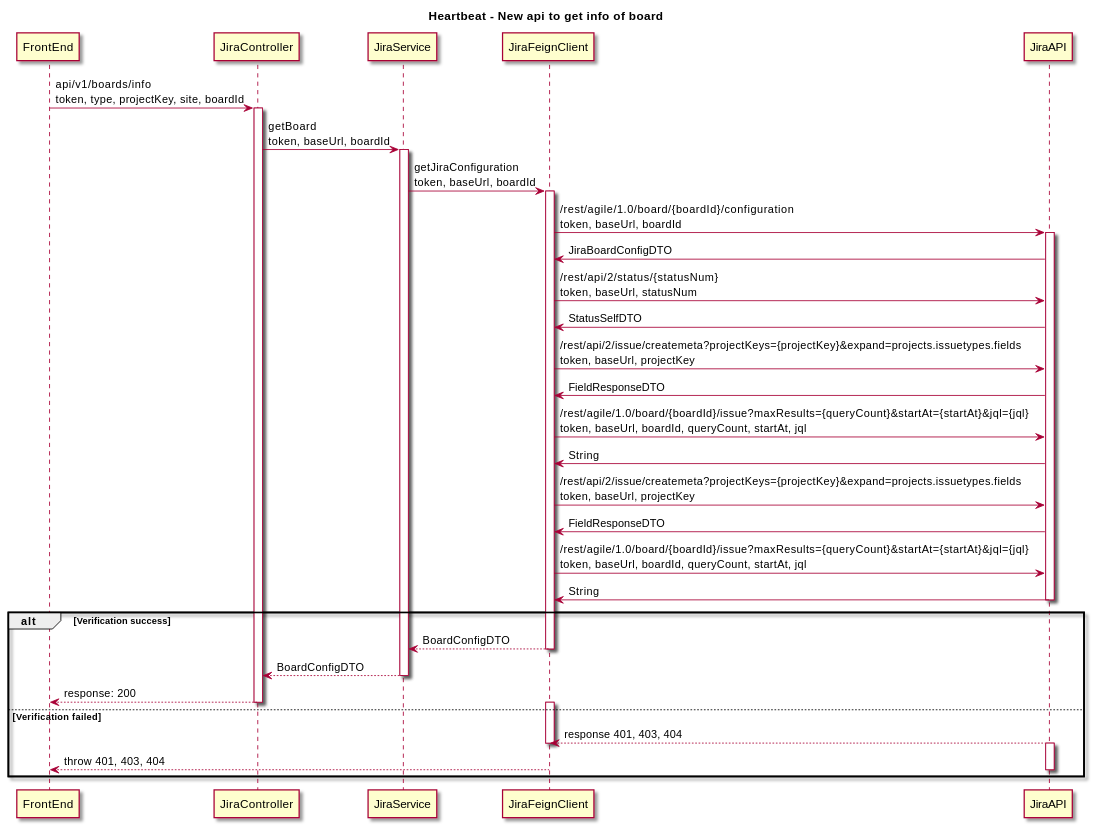
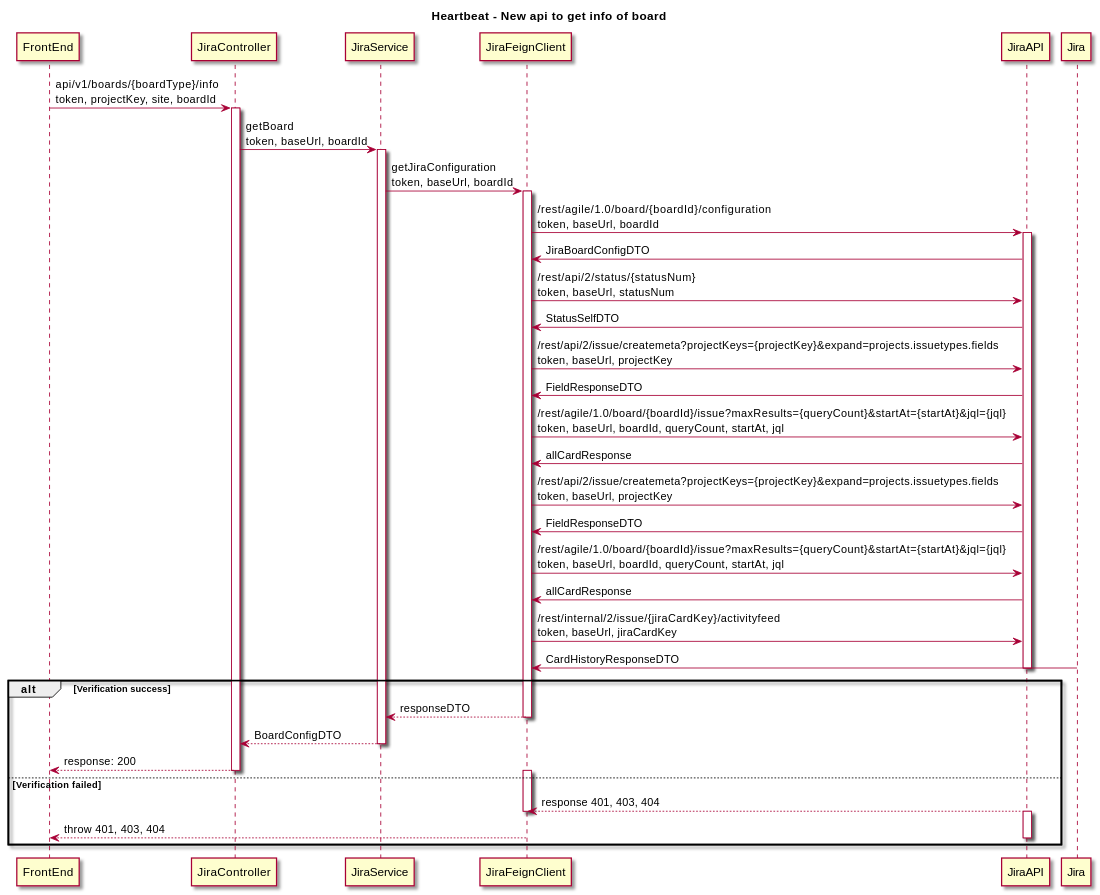
The second of 2 diagrams in docs/src/content/docs/en/spikes/tech-spikes-split-verify-of-board.mdx (thoughtworks/HeartBeat), drawn with PlantUML before and after one commit. The commit also changed other lines of this file, not shown here.

Commit message:
ADM-612:[docs]feat: refactor new api info Sequence Diagram

````diff
--- a/docs/src/content/docs/en/spikes/tech-spikes-split-verify-of-board.mdx
+++ b/docs/src/content/docs/en/spikes/tech-spikes-split-verify-of-board.mdx
@@ -220,49 +220,51 @@
 ```plantuml
 @startuml
 skin rose
 title Heartbeat - New api to get info of board
 
 participant FrontEnd
 participant JiraController
 participant JiraService
 participant JiraFeignClient
 participant JiraAPI
 
 ' group Verify the validity of the token
-    FrontEnd -> JiraController: api/v1/boards/info \ntoken, type, projectKey, site, boardId
+    FrontEnd -> JiraController: api/v1/boards/{boardType}/info \ntoken, projectKey, site, boardId
     activate JiraController
     JiraController -> JiraService: getBoard \ntoken, baseUrl, boardId
     activate JiraService
     JiraService -> JiraFeignClient: getJiraConfiguration \ntoken, baseUrl, boardId
     activate JiraFeignClient
     JiraFeignClient -> JiraAPI: /rest/agile/1.0/board/{boardId}/configuration \ntoken, baseUrl, boardId
     activate JiraAPI
     JiraAPI -> JiraFeignClient: JiraBoardConfigDTO
     JiraFeignClient -> JiraAPI: /rest/api/2/status/{statusNum} \ntoken, baseUrl, statusNum
     JiraAPI -> JiraFeignClient: StatusSelfDTO
     JiraFeignClient -> JiraAPI: /rest/api/2/issue/createmeta?projectKeys={projectKey}&expand=projects.issuetypes.fields \ntoken, baseUrl, projectKey
     JiraAPI -> JiraFeignClient: FieldResponseDTO
     JiraFeignClient -> JiraAPI: /rest/agile/1.0/board/{boardId}/issue?maxResults={queryCount}&startAt={startAt}&jql={jql} \ntoken, baseUrl, boardId, queryCount, startAt, jql
-    JiraAPI -> JiraFeignClient: String
+    JiraAPI -> JiraFeignClient: allCardResponse
     JiraFeignClient -> JiraAPI: /rest/api/2/issue/createmeta?projectKeys={projectKey}&expand=projects.issuetypes.fields \ntoken, baseUrl, projectKey
     JiraAPI -> JiraFeignClient: FieldResponseDTO
     JiraFeignClient -> JiraAPI: /rest/agile/1.0/board/{boardId}/issue?maxResults={queryCount}&startAt={startAt}&jql={jql} \ntoken, baseUrl, boardId, queryCount, startAt, jql
-    JiraAPI -> JiraFeignClient: String
+    JiraAPI -> JiraFeignClient: allCardResponse
+    JiraFeignClient -> JiraAPI: /rest/internal/2/issue/{jiraCardKey}/activityfeed \ntoken, baseUrl, jiraCardKey
+    Jira -> JiraFeignClient: CardHistoryResponseDTO
 alt Verification success
     deactivate JiraAPI
-    JiraFeignClient --> JiraService: BoardConfigDTO
+    JiraFeignClient --> JiraService: responseDTO
     deactivate JiraFeignClient
     JiraService --> JiraController: BoardConfigDTO
     deactivate JiraService
     JiraController --> FrontEnd: response: 200
     deactivate JiraController
 else Verification failed
     activate JiraFeignClient
     JiraAPI --> JiraFeignClient: response 401, 403, 404
     deactivate JiraFeignClient
     activate JiraAPI
     JiraFeignClient --> FrontEnd: throw 401, 403, 404
     deactivate JiraAPI
 end
 @enduml
 ```
````
